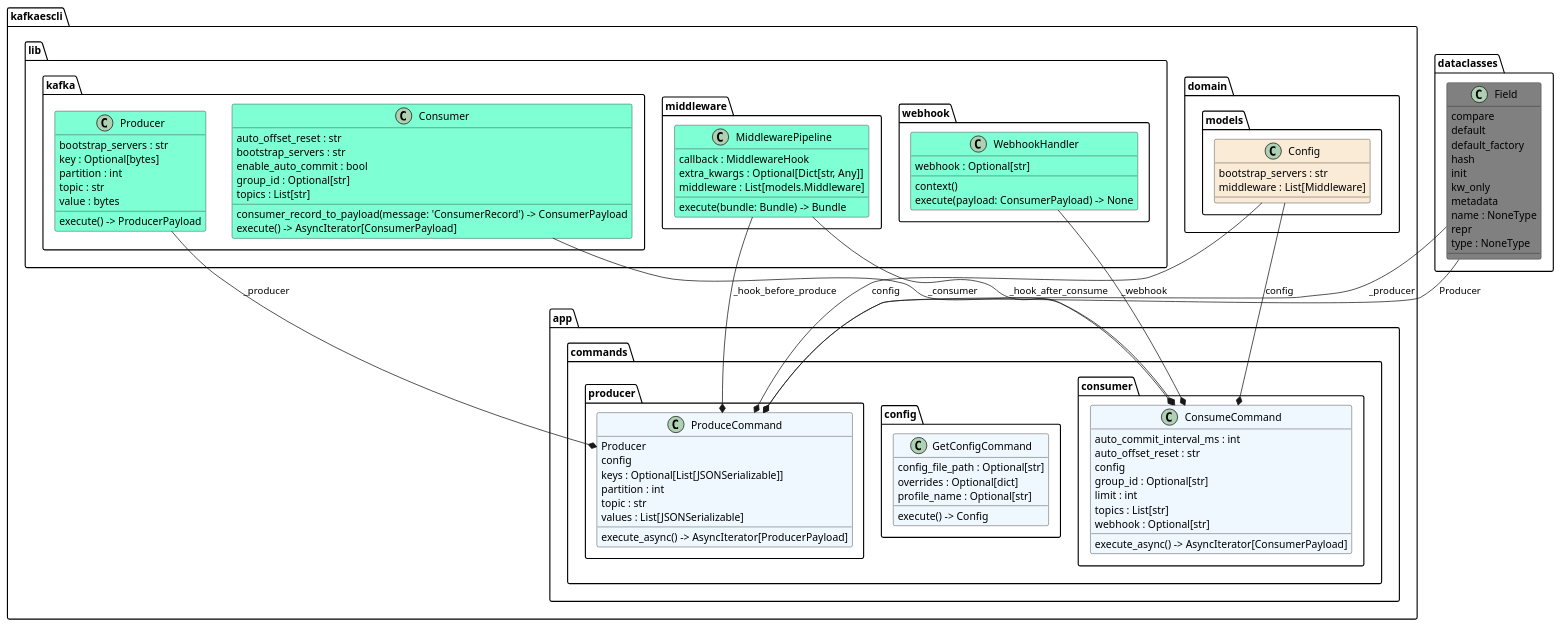
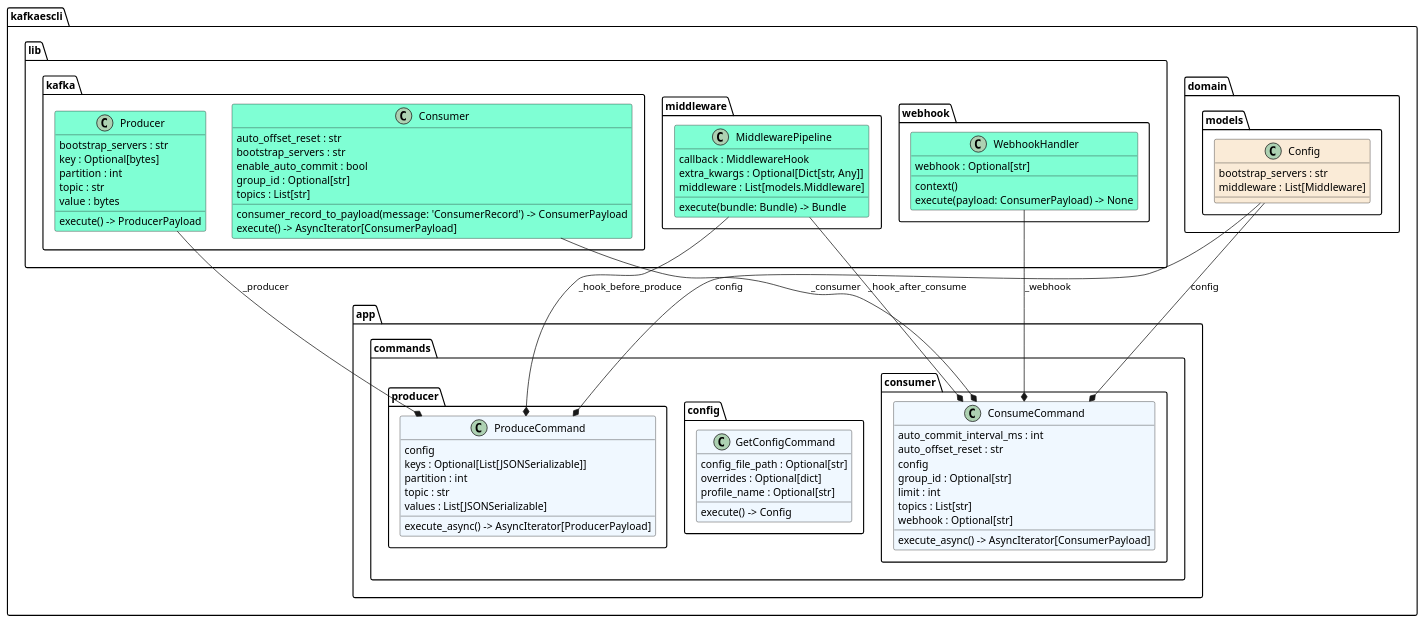
The diagram in docs/diagrams/classes_kafkaescli.app.plantuml (jonykalavera/kafkaescli), drawn with PlantUML before and after one commit. The commit also changed 10 other files, not shown here.

Commit message:
groom and diagrams

```diff
--- a/docs/diagrams/classes_kafkaescli.app.plantuml
+++ b/docs/diagrams/classes_kafkaescli.app.plantuml
@@ -1,81 +1,66 @@
 @startuml classes_kafkaescli.app
 
 class "Config" as kafkaescli.domain.models.Config #antiquewhite {
   bootstrap_servers : str
   middleware : List[Middleware]
 }
 class "ConsumeCommand" as kafkaescli.app.commands.consumer.ConsumeCommand #aliceblue {
   auto_commit_interval_ms : int
   auto_offset_reset : str
   config
   group_id : Optional[str]
   limit : int
   topics : List[str]
   webhook : Optional[str]
   execute_async() -> AsyncIterator[ConsumerPayload]
 }
 class "Consumer" as kafkaescli.lib.kafka.Consumer #aquamarine {
   auto_offset_reset : str
   bootstrap_servers : str
   enable_auto_commit : bool
   group_id : Optional[str]
   topics : List[str]
   consumer_record_to_payload(message: 'ConsumerRecord') -> ConsumerPayload
   execute() -> AsyncIterator[ConsumerPayload]
 }
-class "Field" as dataclasses.Field #grey {
-  compare
-  default
-  default_factory
-  hash
-  init
-  kw_only
-  metadata
-  name : NoneType
-  repr
-  type : NoneType
-}
 class "GetConfigCommand" as kafkaescli.app.commands.config.GetConfigCommand #aliceblue {
   config_file_path : Optional[str]
   overrides : Optional[dict]
   profile_name : Optional[str]
   execute() -> Config
 }
 class "MiddlewarePipeline" as kafkaescli.lib.middleware.MiddlewarePipeline #aquamarine {
   callback : MiddlewareHook
   extra_kwargs : Optional[Dict[str, Any]]
   middleware : List[models.Middleware]
   execute(bundle: Bundle) -> Bundle
 }
 class "ProduceCommand" as kafkaescli.app.commands.producer.ProduceCommand #aliceblue {
-  Producer
   config
   keys : Optional[List[JSONSerializable]]
   partition : int
   topic : str
   values : List[JSONSerializable]
   execute_async() -> AsyncIterator[ProducerPayload]
 }
 class "Producer" as kafkaescli.lib.kafka.Producer #aquamarine {
   bootstrap_servers : str
   key : Optional[bytes]
   partition : int
   topic : str
   value : bytes
   execute() -> ProducerPayload
 }
 class "WebhookHandler" as kafkaescli.lib.webhook.WebhookHandler #aquamarine {
   webhook : Optional[str]
   context()
   execute(payload: ConsumerPayload) -> None
 }
-dataclasses.Field --* kafkaescli.app.commands.producer.ProduceCommand : _producer
-dataclasses.Field --* kafkaescli.app.commands.producer.ProduceCommand : Producer
 kafkaescli.domain.models.Config --* kafkaescli.app.commands.consumer.ConsumeCommand : config
 kafkaescli.domain.models.Config --* kafkaescli.app.commands.producer.ProduceCommand : config
 kafkaescli.lib.kafka.Consumer --* kafkaescli.app.commands.consumer.ConsumeCommand : _consumer
 kafkaescli.lib.kafka.Producer --* kafkaescli.app.commands.producer.ProduceCommand : _producer
 kafkaescli.lib.middleware.MiddlewarePipeline --* kafkaescli.app.commands.consumer.ConsumeCommand : _hook_after_consume
 kafkaescli.lib.middleware.MiddlewarePipeline --* kafkaescli.app.commands.producer.ProduceCommand : _hook_before_produce
 kafkaescli.lib.webhook.WebhookHandler --* kafkaescli.app.commands.consumer.ConsumeCommand : _webhook
 @enduml
```
